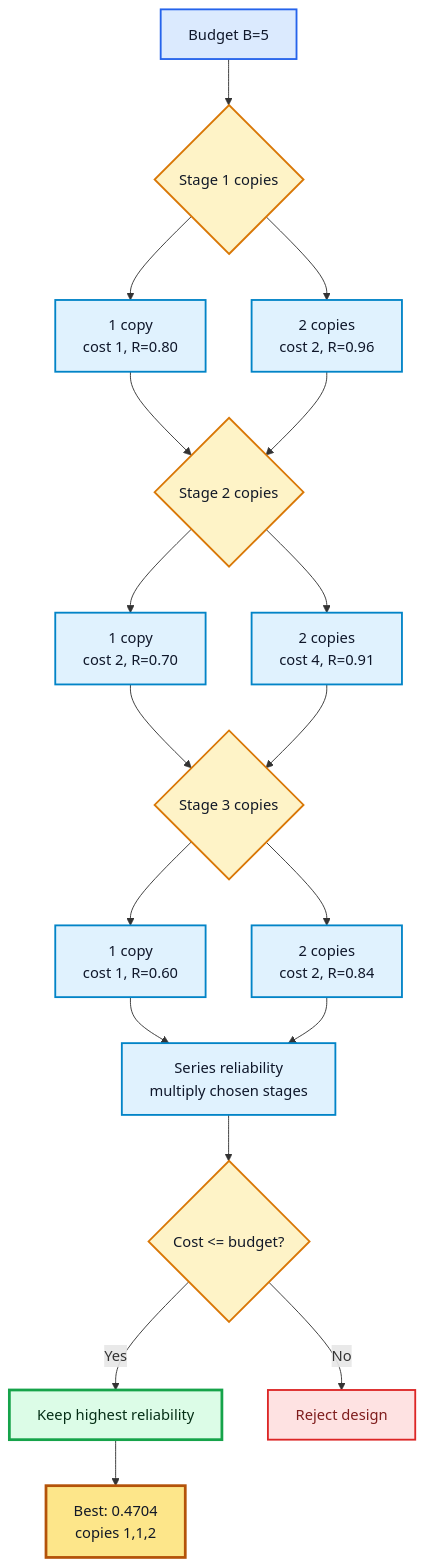
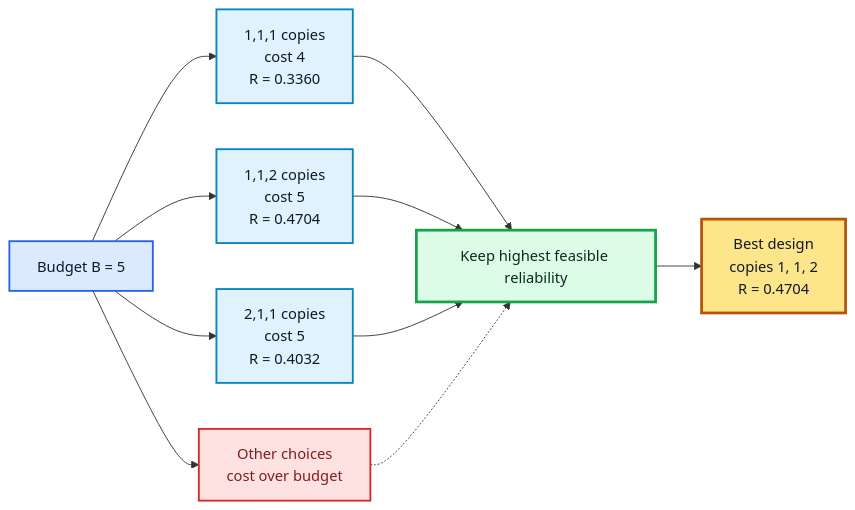
Diagram 18 of 18 in Chapter 8 - Dynamic Programming/README.md (M-F-Tushar/CSE-2201-2202-Algorithm-Design-and-Analysis-Sessional), drawn with Mermaid before and after one commit. The commit also changed other lines of this file, not shown here.

````diff
--- a/Chapter 8 - Dynamic Programming/README.md
+++ b/Chapter 8 - Dynamic Programming/README.md
@@ -2070,36 +2070,24 @@
 ```mermaid
-flowchart TB
-    Budget["Budget B=5"] --> S1{"Stage 1 copies"}
-    S1 --> S1A["1 copy<br/>cost 1, R=0.80"]
-    S1 --> S1B["2 copies<br/>cost 2, R=0.96"]
+flowchart LR
+    Budget["Budget B = 5"] --> C111["1,1,1 copies<br/>cost 4<br/>R = 0.3360"]
+    Budget --> C112["1,1,2 copies<br/>cost 5<br/>R = 0.4704"]
+    Budget --> C211["2,1,1 copies<br/>cost 5<br/>R = 0.4032"]
+    Budget --> Reject["Other choices<br/>cost over budget"]
 
-    S1A --> S2{"Stage 2 copies"}
-    S1B --> S2
-    S2 --> S2A["1 copy<br/>cost 2, R=0.70"]
-    S2 --> S2B["2 copies<br/>cost 4, R=0.91"]
-
-    S2A --> S3{"Stage 3 copies"}
-    S2B --> S3
-    S3 --> S3A["1 copy<br/>cost 1, R=0.60"]
-    S3 --> S3B["2 copies<br/>cost 2, R=0.84"]
-
-    S3A --> Product["Series reliability<br/>multiply chosen stages"]
-    S3B --> Product
-    Product --> Feasible{"Cost &lt;= budget?"}
-    Feasible -->|Yes| Best["Keep highest reliability"]
-    Feasible -->|No| Reject["Reject design"]
-    Best --> Answer["Best: 0.4704<br/>copies 1,1,2"]
+    C111 --> Best["Keep highest feasible reliability"]
+    C112 --> Best
+    C211 --> Best
+    Reject -.-> Best
+    Best --> Answer["Best design<br/>copies 1, 1, 2<br/>R = 0.4704"]
 
     classDef budget fill:#dbeafe,stroke:#2563eb,stroke-width:2px,color:#0f172a;
-    classDef choice fill:#fef3c7,stroke:#d97706,stroke-width:2px,color:#111827;
-    classDef option fill:#e0f2fe,stroke:#0284c7,stroke-width:2px,color:#0f172a;
+    classDef feasible fill:#e0f2fe,stroke:#0284c7,stroke-width:2px,color:#0f172a;
     classDef good fill:#dcfce7,stroke:#16a34a,stroke-width:3px,color:#052e16;
     classDef bad fill:#fee2e2,stroke:#dc2626,stroke-width:2px,color:#7f1d1d;
     classDef answer fill:#fde68a,stroke:#b45309,stroke-width:3px,color:#111827;
     class Budget budget;
-    class S1,S2,S3,Feasible choice;
-    class S1A,S1B,S2A,S2B,S3A,S3B,Product option;
+    class C111,C112,C211 feasible;
     class Best good;
     class Reject bad;
     class Answer answer;
 ```
````
